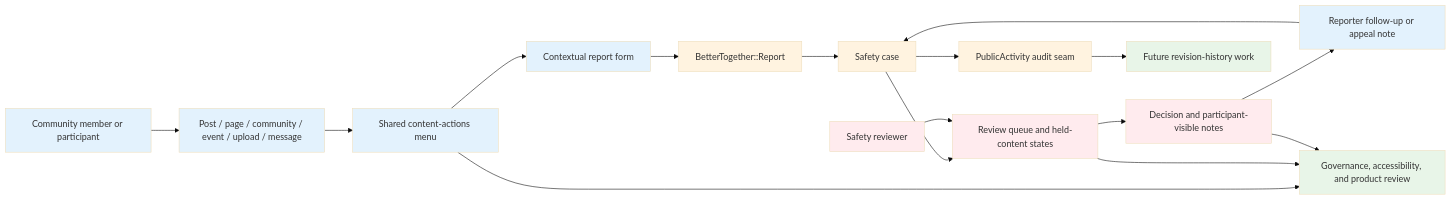
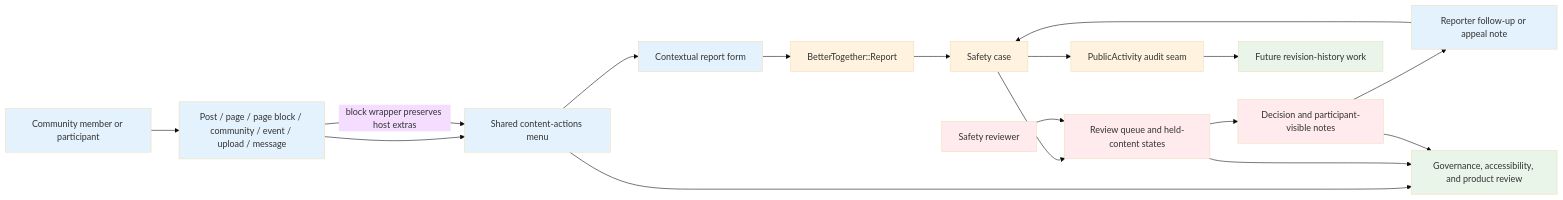
One commit to better-together-org/community-engine-rails changed the diagram in docs/diagrams/source/content_reporting_stakeholder_flow.mmd. Above: the diagram before and after it, drawn with Mermaid (base theme). The commit also changed 35 other files, not shown here.

```diff
--- a/docs/diagrams/source/content_reporting_stakeholder_flow.mmd
+++ b/docs/diagrams/source/content_reporting_stakeholder_flow.mmd
@@ -1,41 +1,42 @@
 flowchart LR
     MEMBER[Community member or participant]
-    SURFACE[Post / page / community / event / upload / message]
+    SURFACE[Post / page / page block / community / event / upload / message]
     ACTIONS[Shared content-actions menu]
     FORM[Contextual report form]
     REPORT[BetterTogether::Report]
     CASE[Safety case]
     REVIEWER[Safety reviewer]
     QUEUE[Review queue and held-content states]
     DECISION[Decision and participant-visible notes]
     FOLLOWUP[Reporter follow-up or appeal note]
     GOV[Governance, accessibility, and product review]
     AUDIT[PublicActivity audit seam]
     FUTURE[Future revision-history work]
 
     MEMBER --> SURFACE
     SURFACE --> ACTIONS
     ACTIONS --> FORM
+    SURFACE -->|block wrapper preserves host extras| ACTIONS
     FORM --> REPORT
     REPORT --> CASE
     CASE --> QUEUE
     REVIEWER --> QUEUE
     QUEUE --> DECISION
     DECISION --> FOLLOWUP
     FOLLOWUP --> CASE
 
     ACTIONS --> GOV
     QUEUE --> GOV
     DECISION --> GOV
     CASE --> AUDIT
     AUDIT --> FUTURE
 
     classDef participant fill:#e3f2fd
     classDef workflow fill:#fff3e0
     classDef review fill:#ffebee
     classDef governance fill:#e8f5e8
 
     class MEMBER,SURFACE,ACTIONS,FORM,FOLLOWUP participant
     class REPORT,CASE,AUDIT workflow
     class REVIEWER,QUEUE,DECISION review
     class GOV,FUTURE governance
```
